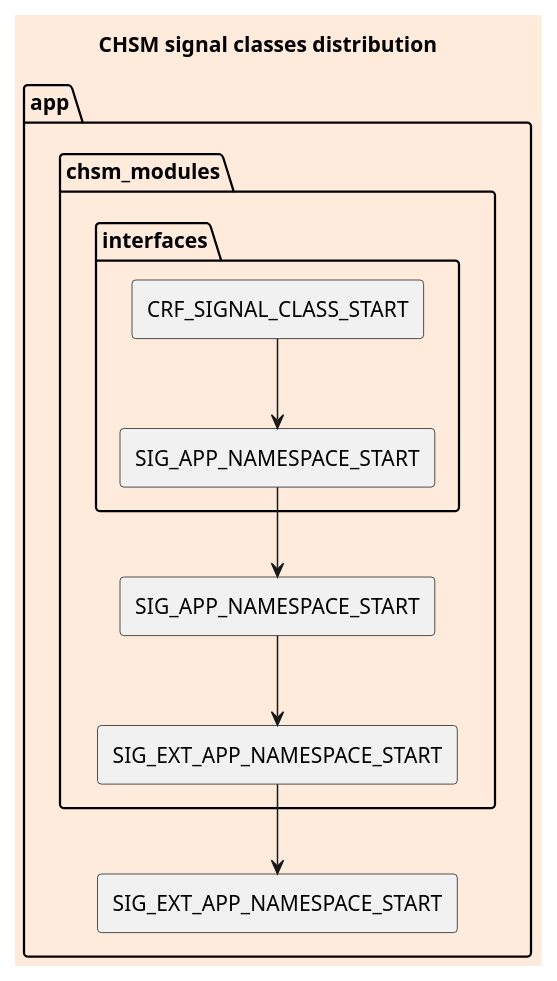
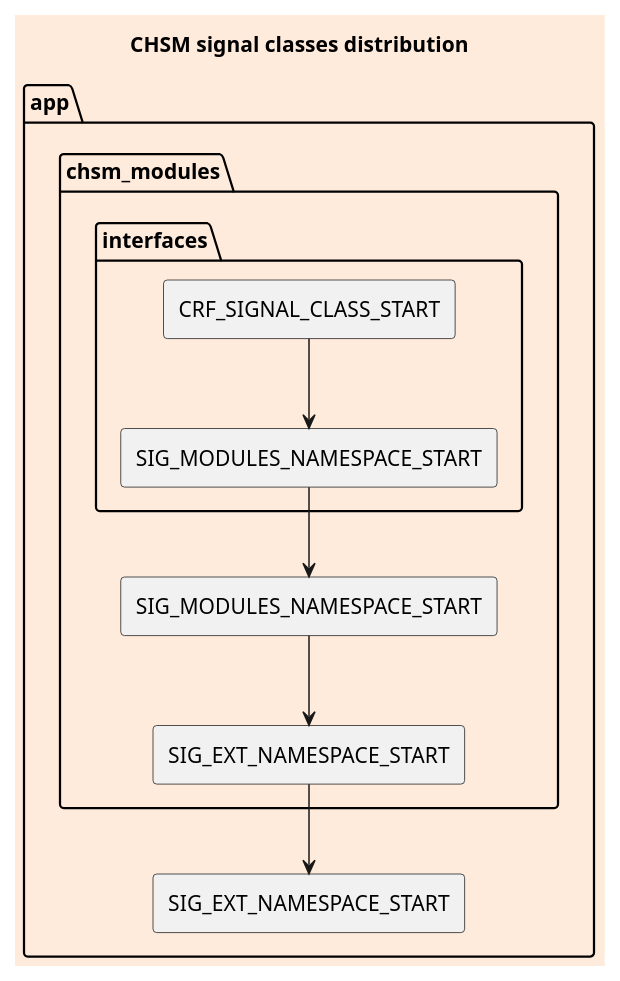
Before and after one commit to xsession/chsm: the diagram in doc/signal_classes_distribution.puml, drawn with PlantUML. The commit also changed 22 other files, not shown here.

Commit message:
Rework the signal classes system and now runs the tests, now i separet into three section the classes, one for the interfaces, one for the chsm modules and one for the external classes in the application project

```diff
--- a/doc/signal_classes_distribution.puml
+++ b/doc/signal_classes_distribution.puml
@@ -1,32 +1,32 @@
 @startuml
 scale 400 width
 skinparam backgroundColor #FFEBDC
 scale 1
 
 skinparam cloud {
   backgroundColor Olive
   borderColor orange
 }
 
 title
     CHSM signal classes distribution
 end title
 
 ' left to right direction
 
 package app {
-    rectangle SIG_EXT_APP_NAMESPACE_START as sig_ext_app_namespace_start2
+    rectangle SIG_EXT_NAMESPACE_START as sig_ext_namespace_start2
     package chsm_modules {
-        rectangle SIG_APP_NAMESPACE_START as sig_app_namespace_start
-        rectangle SIG_EXT_APP_NAMESPACE_START as sig_ext_app_namespace_start
+        rectangle SIG_MODULES_NAMESPACE_START as sig_modules_namespace_start
+        rectangle SIG_EXT_NAMESPACE_START as sig_ext_namespace_start
         package interfaces {
             rectangle CRF_SIGNAL_CLASS_START as crf_signal_class_start
-            rectangle SIG_APP_NAMESPACE_START as sig_app_namespace_start2
+            rectangle SIG_MODULES_NAMESPACE_START as sig_modules_namespace_start2
         }
     }
 }
-crf_signal_class_start --> sig_app_namespace_start2
-sig_app_namespace_start2 --> sig_app_namespace_start
-sig_app_namespace_start --> sig_ext_app_namespace_start
-sig_ext_app_namespace_start --> sig_ext_app_namespace_start2
+crf_signal_class_start --> sig_modules_namespace_start2
+sig_modules_namespace_start2 --> sig_modules_namespace_start
+sig_modules_namespace_start --> sig_ext_namespace_start
+sig_ext_namespace_start --> sig_ext_namespace_start2
 @enduml
```
